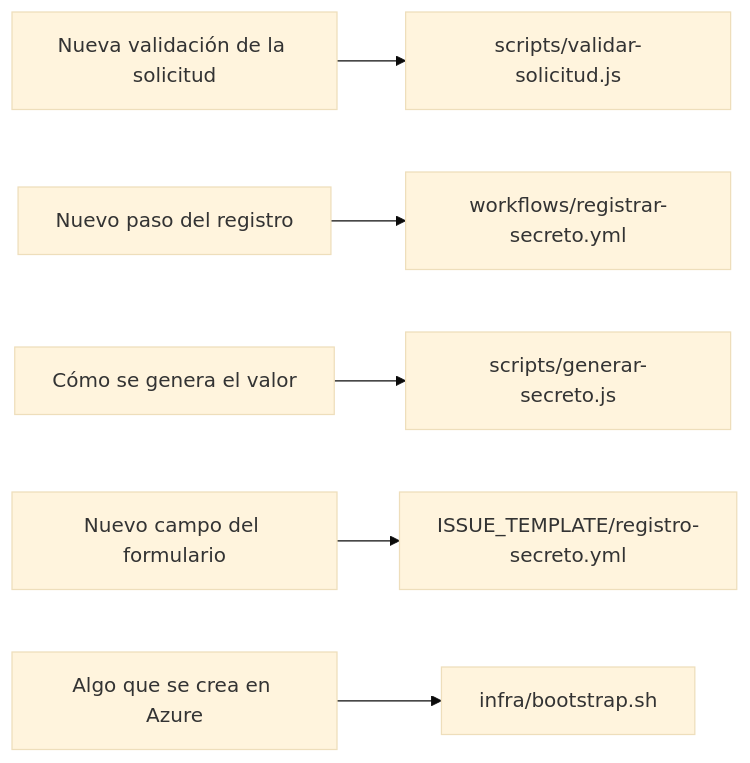
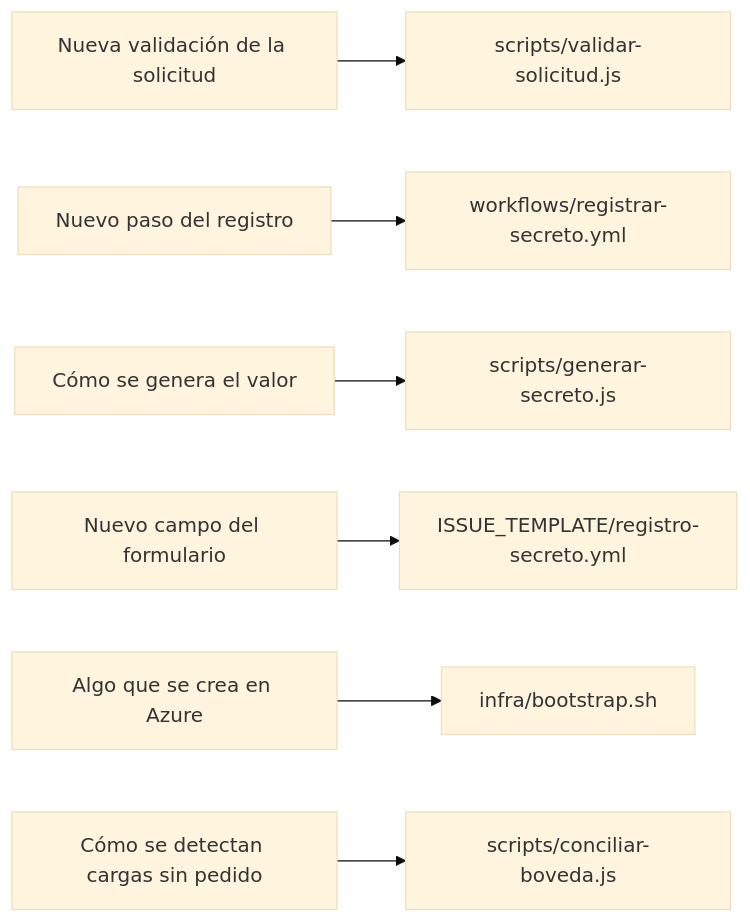
The diagram in CONTRIBUTING.md (Ox19/poc-registry-secret-automation), drawn with Mermaid (base theme) before and after one commit. The commit also changed other lines of this file and 2 other files, not shown here.

````diff
--- a/CONTRIBUTING.md
+++ b/CONTRIBUTING.md
@@ -35,8 +37,9 @@
 ```mermaid
 flowchart LR
     A[Nueva validación de la solicitud] --> V["scripts/validar-solicitud.js"]
     B[Nuevo paso del registro] --> R["workflows/registrar-secreto.yml"]
     C[Cómo se genera el valor] --> G["scripts/generar-secreto.js"]
     D[Nuevo campo del formulario] --> I["ISSUE_TEMPLATE/registro-secreto.yml"]
     E[Algo que se crea en Azure] --> B2["infra/bootstrap.sh"]
+    F[Cómo se detectan cargas sin pedido] --> C2["scripts/conciliar-boveda.js"]
 ```
````
